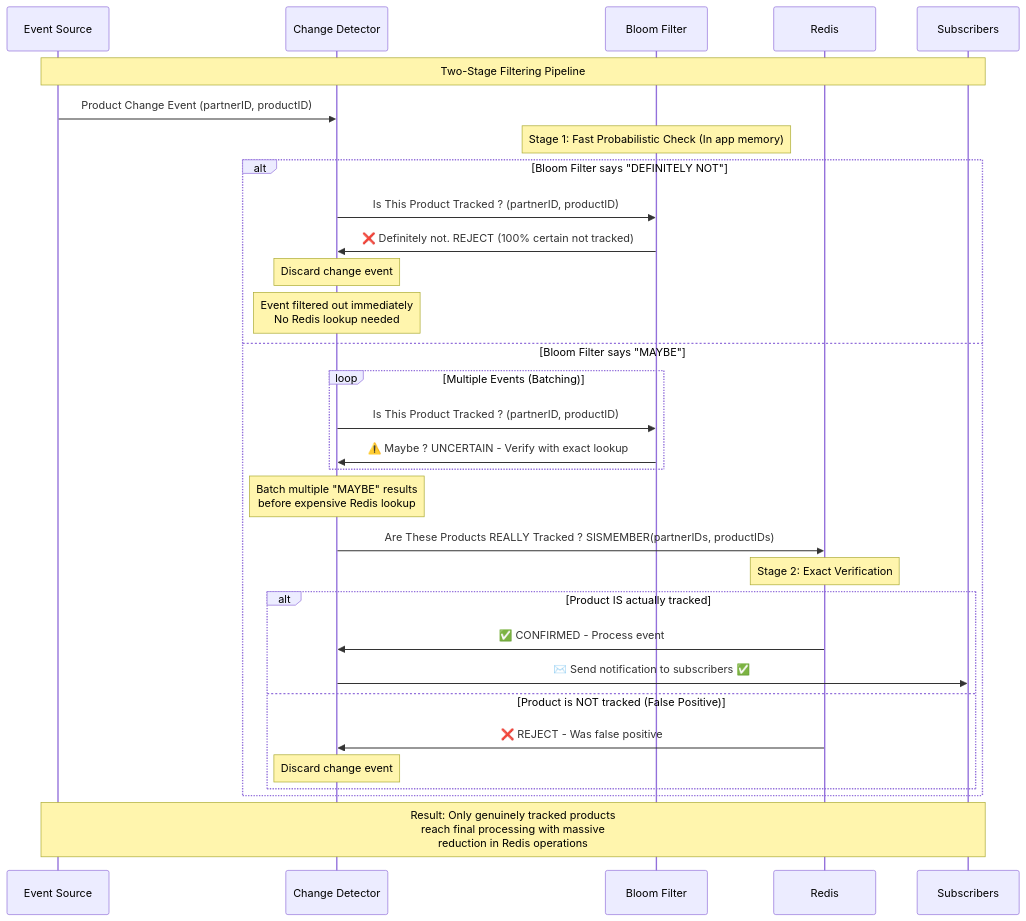
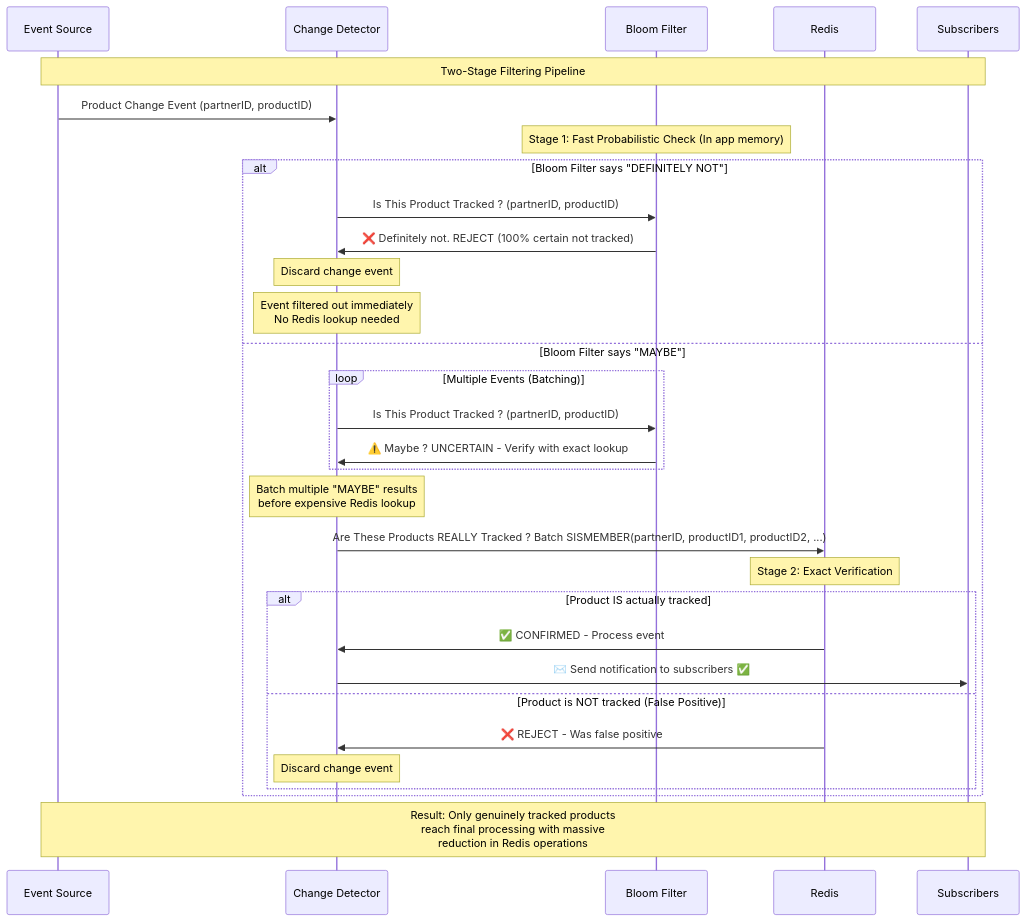
The second of 2 diagrams in README.md (ozan-koksal/bloom-filters), drawn with Mermaid before and after one commit. The commit also changed other lines of this file, not shown here.

````diff
--- a/README.md
+++ b/README.md
@@ -51,40 +51,40 @@
 ```mermaid
 sequenceDiagram
     participant CDC as Event Source
     participant App as Change Detector
     participant BF as Bloom Filter
     participant Redis as Redis
     participant Output as Subscribers
     
     Note over CDC, Output: Two-Stage Filtering Pipeline
     CDC->>App: Product Change Event (partnerID, productID)
 
     Note over BF: Stage 1: Fast Probabilistic Check (In app memory)
     # BF->>BF: Check if productID might be tracked
     
     alt Bloom Filter says "DEFINITELY NOT"
         App->>BF: Is This Product Tracked ? (partnerID, productID)
         BF->>App: ❌ Definitely not. REJECT (100% certain not tracked)
         Note over App: Discard change event
         Note over App: Event filtered out immediately<br/>No Redis lookup needed
     else Bloom Filter says "MAYBE" 
         loop Multiple Events (Batching)
             App->>BF: Is This Product Tracked ? (partnerID, productID)
             BF->>App: ⚠️ Maybe ? UNCERTAIN - Verify with exact lookup
         end
         
         Note over App: Batch multiple "MAYBE" results<br/>before expensive Redis lookup
 
-        App->>Redis: Are These Products REALLY Tracked ? SISMEMBER(partnerIDs, productIDs)
+        App->>Redis: Are These Products REALLY Tracked ? Batch SISMEMBER(partnerID, productID1, productID2, ...)
         Note over Redis: Stage 2: Exact Verification        
         alt Product IS actually tracked
             Redis->>App: ✅ CONFIRMED - Process event
             App->>Output: ✉️ Send notification to subscribers ✅ 
         else Product is NOT tracked (False Positive)
             Redis->>App: ❌ REJECT - Was false positive 
         Note over App: Discard change event
         end
     end
     
     Note over CDC, Output: Result: Only genuinely tracked products<br/>reach final processing with massive<br/>reduction in Redis operations
 ```
````
